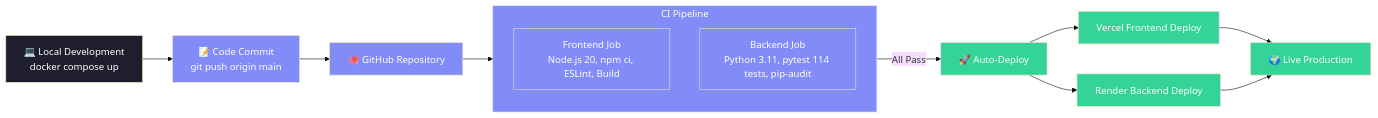
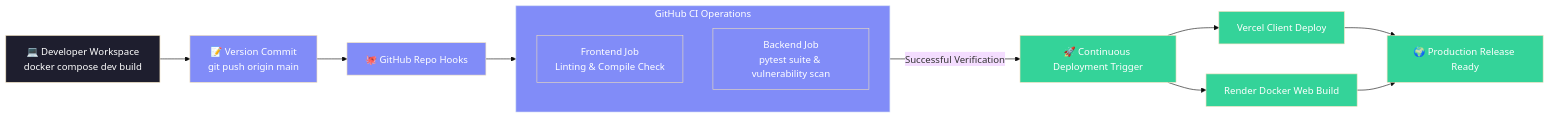
Before and after one commit to Anil-Pradhan-web/ai-career-mentor: diagram 20 of 33 in documentation/ARCHITECTURE.md, drawn with Mermaid (base theme). The commit also changed other lines of this file and 3 other files, not shown here.

First line of the commit message:
docs: update all documentation — ARCHITECTURE, SYSTEM, API, DOCKER_GUIDE verified against codebase

````diff
--- a/documentation/ARCHITECTURE.md
+++ b/documentation/ARCHITECTURE.md
@@ -1199,31 +1264,31 @@
 ```mermaid
 flowchart LR
     classDef dev fill:#1e1e2e,color:#fff
     classDef ci fill:#818cf8,color:#fff
     classDef deploy fill:#34d399,color:#fff
 
-    DEV["💻 Local Development<br/>docker compose up"] --> CODE["📝 Code Commit<br/>git push origin main"]
+    DEV["💻 Developer Workspace<br/>docker compose dev build"] --> CODE["📝 Version Commit<br/>git push origin main"]
     
-    CODE --> GH["🐙 GitHub Repository"]
+    CODE --> GH["🐙 GitHub Repo Hooks"]
     
-    GH --> CI["⚙️ GitHub Actions<br/>Parallel CI Pipeline"]
+    GH --> CI["⚙️ GitHub Actions CI Runner"]
     
-    subgraph CI [CI Pipeline]
-        FJ["Frontend Job<br/>Node.js 20, npm ci, ESLint, Build"]
-        BJ["Backend Job<br/>Python 3.11, pytest 114 tests, pip-audit"]
+    subgraph CI [GitHub CI Operations]
+        FJ["Frontend Job<br/>Linting & Compile Check"]
+        BJ["Backend Job<br/>pytest suite & vulnerability scan"]
     end
     
-    CI -->|"All Pass"| DEPLOY["🚀 Auto-Deploy"]
+    CI -->|"Successful Verification"| DEPLOY["🚀 Continuous Deployment Trigger"]
     
-    DEPLOY --> VERCEL["Vercel Frontend Deploy"]
-    DEPLOY --> RENDER["Render Backend Deploy"]
+    DEPLOY --> VERCEL["Vercel Client Deploy"]
+    DEPLOY --> RENDER["Render Docker Web Build"]
     
-    VERCEL --> LIVE["🌍 Live Production"]
+    VERCEL --> LIVE["🌍 Production Release Ready"]
     RENDER --> LIVE
-
+ 
     class DEV dev
     class CODE,GH ci
     class CI,FJ,BJ ci
     class DEPLOY,VERCEL,RENDER deploy
     class LIVE deploy
 ```
````
